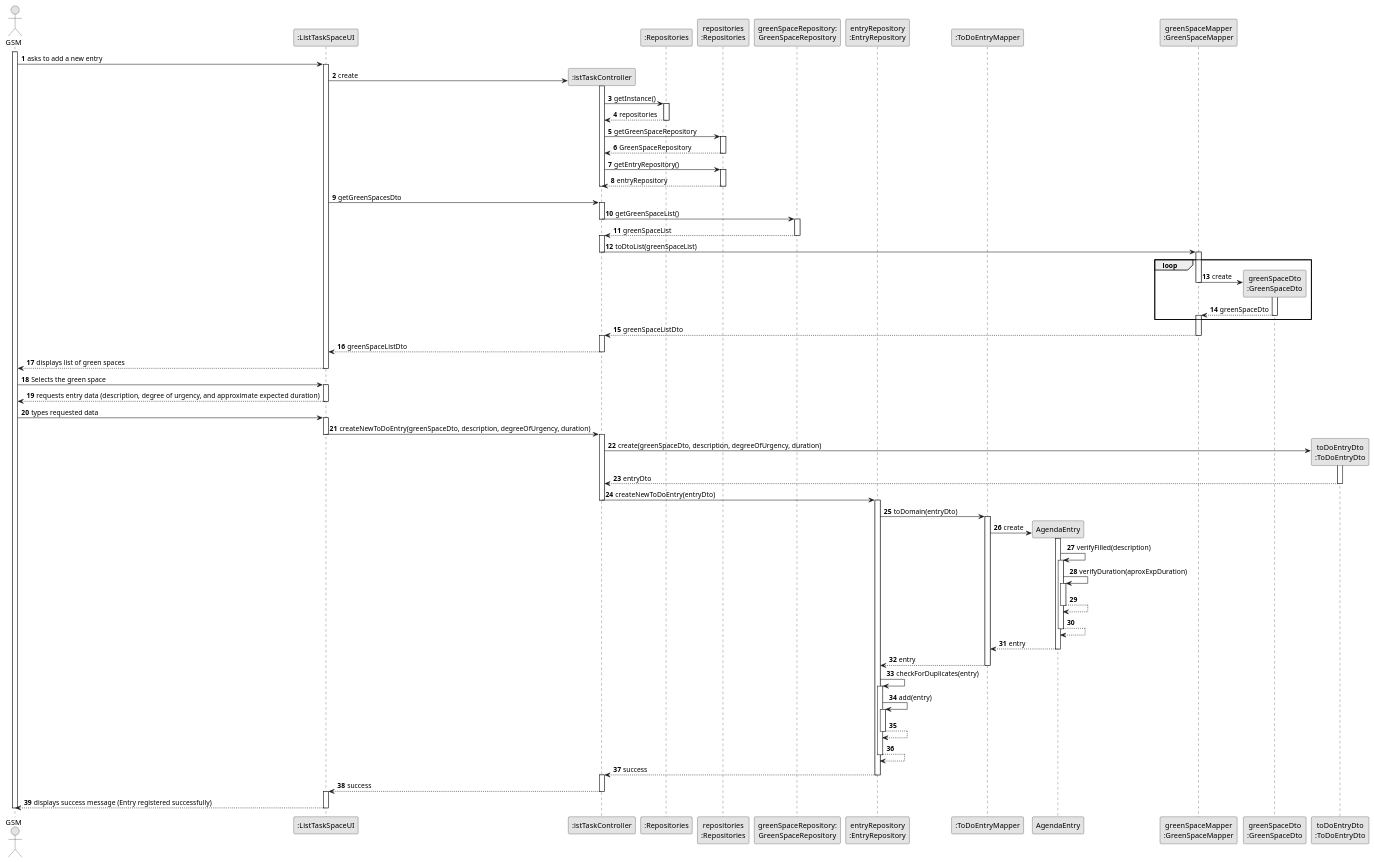
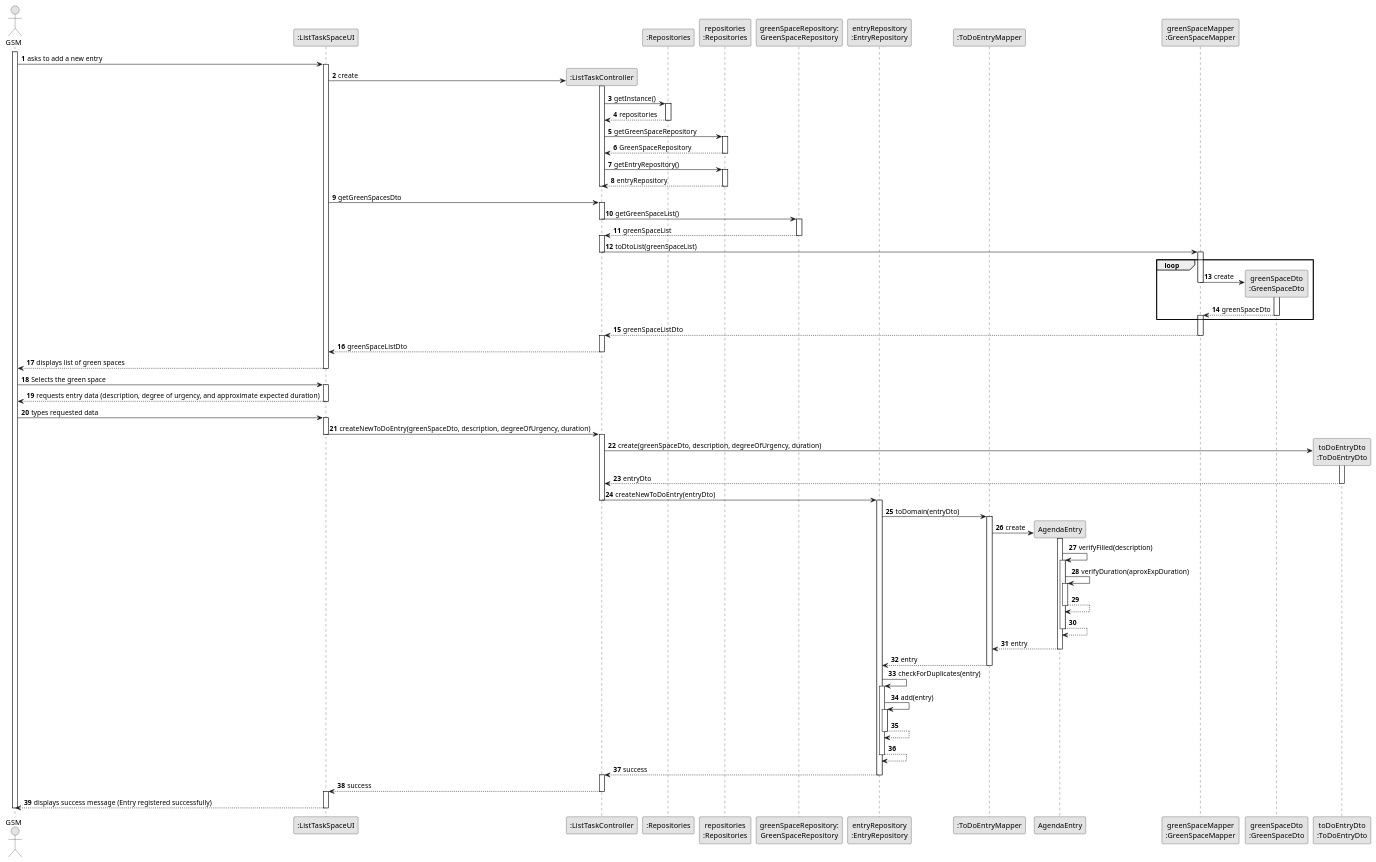
The diagram in docs/sprintC/us021/03.design/puml/us021-sequence-diagram-full.puml (ricardomm7/leaflink), drawn with PlantUML before and after one commit. The commit also changed 1 other file, not shown here.

```diff
--- a/docs/sprintC/us021/03.design/puml/us021-sequence-diagram-full.puml
+++ b/docs/sprintC/us021/03.design/puml/us021-sequence-diagram-full.puml
@@ -2,166 +2,165 @@
 @startuml
 skinparam monochrome true
 skinparam packageStyle rectangle
 skinparam shadowing false
 
 
 autonumber
 
 actor "GSM" as GSM
 participant ":ListTaskSpaceUI" as UI
-participant ":istTaskController" as CTRL
+participant ":ListTaskController" as CTRL
 participant ":Repositories" as RepositorySingleton
 participant "repositories\n:Repositories" as PLAT
 participant "greenSpaceRepository:\nGreenSpaceRepository" as GreenSpaceRepository
 participant "entryRepository\n:EntryRepository" as EntryRep
 participant ":ToDoEntryMapper" as ToDoEntryMapper
-
 participant "AgendaEntry" as Entry
 participant "greenSpaceMapper\n:GreenSpaceMapper" as GreenSpaceMapper
 participant "greenSpaceDto\n:GreenSpaceDto" as GreenSpaceDTO
 participant "toDoEntryDto\n:ToDoEntryDto" as ToDoEntryDto
 
 activate GSM
 
     GSM -> UI : asks to add a new entry
     activate UI
 
 
         UI -> CTRL** : create
         activate CTRL
 
         CTRL -> RepositorySingleton : getInstance()
         activate RepositorySingleton
 
 
         RepositorySingleton --> CTRL : repositories
         deactivate RepositorySingleton
 
         CTRL -> PLAT :getGreenSpaceRepository
         activate PLAT
 
 
         PLAT --> CTRL : GreenSpaceRepository
         deactivate PLAT
 
          CTRL -> PLAT : getEntryRepository()
         activate PLAT
 
         PLAT --> CTRL : entryRepository
         deactivate PLAT
         deactivate CTRL
 
         UI -> CTRL : getGreenSpacesDto
         activate CTRL
 
 
 
 
         CTRL -> GreenSpaceRepository : getGreenSpaceList()
         deactivate CTRL
         activate GreenSpaceRepository
 
         GreenSpaceRepository --> CTRL : greenSpaceList
         deactivate GreenSpaceRepository
         activate CTRL
 
         CTRL -> GreenSpaceMapper: toDtoList(greenSpaceList)
         deactivate CTRL
         activate GreenSpaceMapper
 
 
         loop
 
         GreenSpaceMapper -> GreenSpaceDTO** : create
         activate GreenSpaceDTO
         deactivate GreenSpaceMapper
 
         GreenSpaceDTO --> GreenSpaceMapper: greenSpaceDto
         deactivate GreenSpaceDTO
         activate GreenSpaceMapper
         end loop
 
         GreenSpaceMapper --> CTRL: greenSpaceListDto
         deactivate GreenSpaceMapper
         activate CTRL
 
         CTRL --> UI : greenSpaceListDto
         deactivate CTRL
 
 
         UI --> GSM : displays list of green spaces
         deactivate UI
 
         GSM -> UI : Selects the green space
         activate UI
 
         UI --> GSM : requests entry data (description, degree of urgency, and approximate expected duration)
         deactivate UI
 
         GSM -> UI : types requested data
         activate UI
 
         UI -> CTRL : createNewToDoEntry(greenSpaceDto, description, degreeOfUrgency, duration)
         deactivate UI
         activate CTRL
 
 CTRL -> ToDoEntryDto** : create(greenSpaceDto, description, degreeOfUrgency, duration)
 activate ToDoEntryDto
 ToDoEntryDto --> CTRL : entryDto
 deactivate ToDoEntryDto
 
         CTRL -> EntryRep : createNewToDoEntry(entryDto)
         deactivate CTRL
         activate EntryRep
 
 
 
 EntryRep -> ToDoEntryMapper : toDomain(entryDto)
 activate ToDoEntryMapper
 
 ToDoEntryMapper -> Entry** : create
 
 activate Entry
 Entry -> Entry : verifyFilled(description)
         activate Entry
 
         Entry -> Entry : verifyDuration(aproxExpDuration)
         activate Entry
 
         Entry --> Entry
         deactivate Entry
 
         Entry --> Entry
         deactivate Entry
 
 Entry --> ToDoEntryMapper : entry
 deactivate Entry
 
        ToDoEntryMapper -->EntryRep : entry
        deactivate ToDoEntryMapper
 
        EntryRep -> EntryRep : checkForDuplicates(entry)
        activate EntryRep
        EntryRep->EntryRep : add(entry)
        activate EntryRep
        EntryRep--> EntryRep
        deactivate EntryRep
          EntryRep--> EntryRep
               deactivate EntryRep
 
 
 
         EntryRep --> CTRL : success
         deactivate EntryRep
         activate CTRL
 
         CTRL --> UI : success
         deactivate CTRL
         activate UI
 
     UI --> GSM : displays success message (Entry registered successfully)
     deactivate UI
 
 deactivate GSM
 
 @enduml
```
